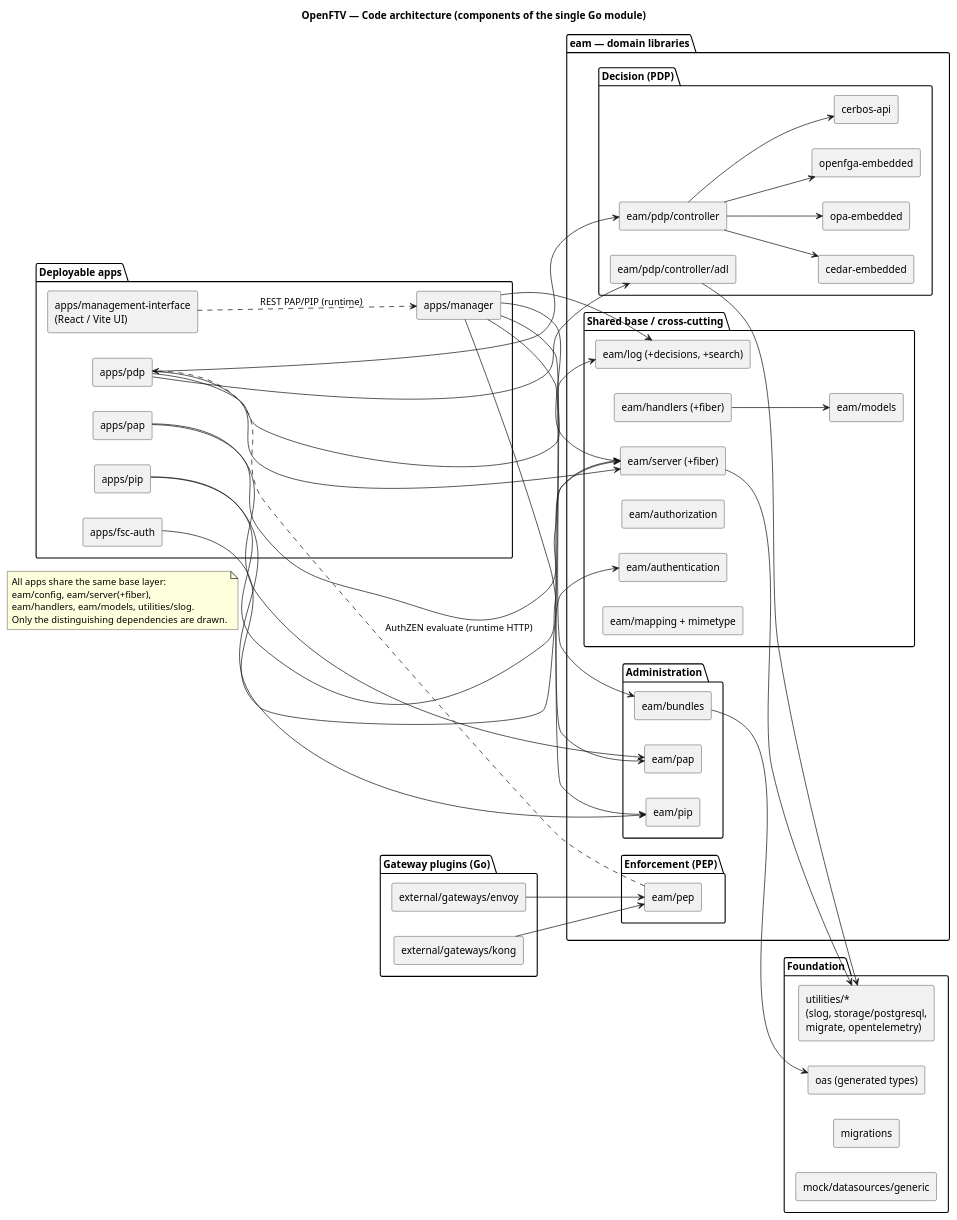
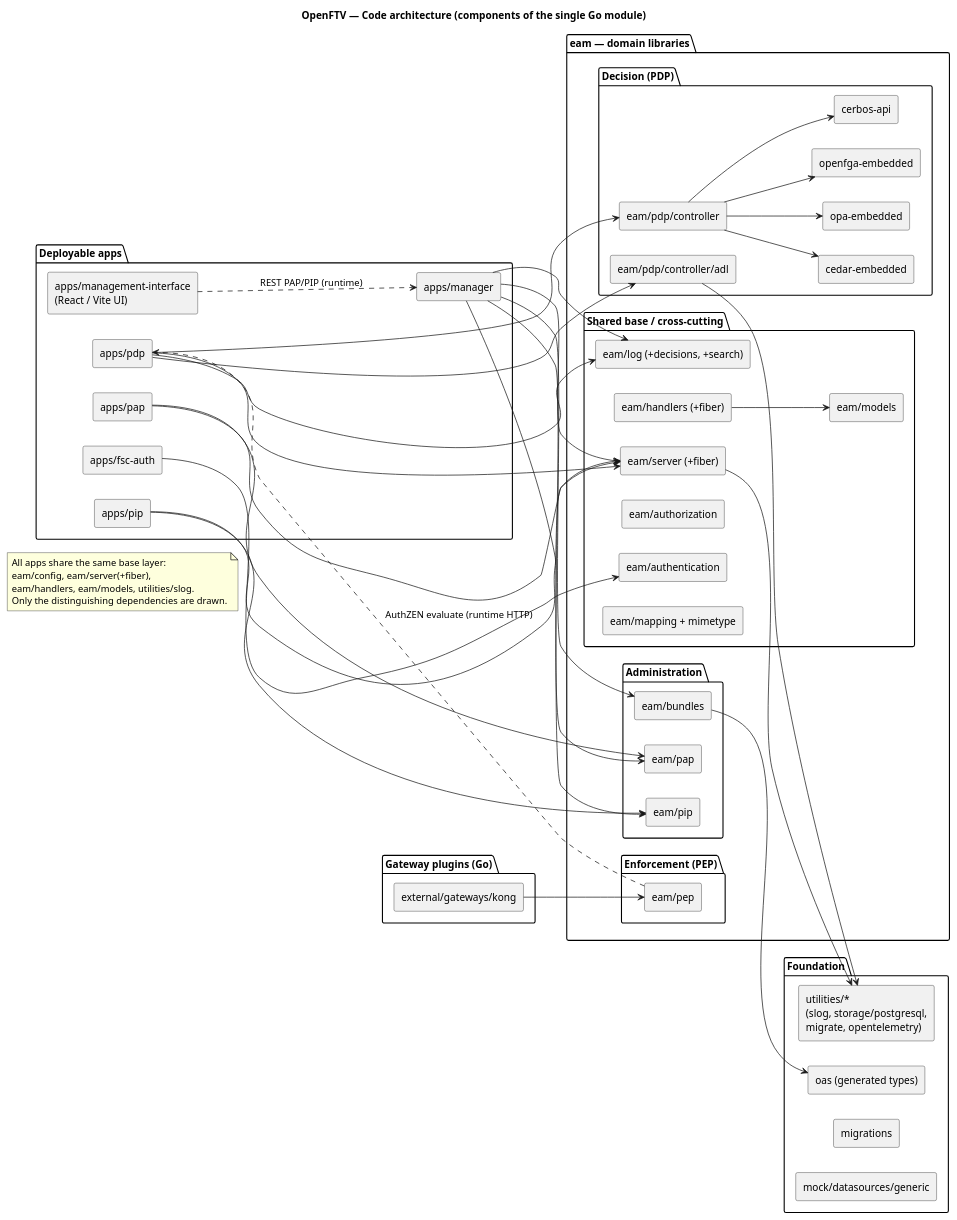
One commit to nielserkamp-ritense/open-ftv changed the diagram in docs/architecture/code.puml. Above: the diagram before and after it, drawn with PlantUML. The commit also changed 16 other files, not shown here.

```diff
--- a/docs/architecture/code.puml
+++ b/docs/architecture/code.puml
@@ -1,96 +1,94 @@
 @startuml openftv-code
 title OpenFTV — Code architecture (components of the single Go module)
 
 skinparam componentStyle rectangle
 left to right direction
 
 package "Deployable apps" {
   component "apps/manager" as MGR
   component "apps/pdp" as PDP
   component "apps/pap" as PAP
   component "apps/pip" as PIP
   component "apps/fsc-auth" as FSC
   component "apps/management-interface\n(React / Vite UI)" as MI
 }
 
 package "Gateway plugins (Go)" {
   component "external/gateways/kong" as KONG
-  component "external/gateways/envoy" as ENVOY
 }
 
 package "eam — domain libraries" {
   package "Enforcement (PEP)" {
     component "eam/pep" as PEP
   }
   package "Decision (PDP)" {
     component "eam/pdp/controller" as CTRL
     component "eam/pdp/controller/adl" as CADL
     component "cedar-embedded" as CEDAR
     component "opa-embedded" as OPA
     component "openfga-embedded" as FGA
     component "cerbos-api" as CERBOS
   }
   package "Administration" {
     component "eam/pap" as EPAP
     component "eam/pip" as EPIP
     component "eam/bundles" as BUND
   }
   package "Shared base / cross-cutting" {
     component "eam/server (+fiber)" as SRV
     component "eam/handlers (+fiber)" as HND
     component "eam/authentication" as AUTHN
     component "eam/authorization" as AUTHZ
     component "eam/models" as MOD
     component "eam/log (+decisions, +search)" as LOG
     component "eam/mapping + mimetype" as MAP
   }
 }
 
 package "Foundation" {
   component "utilities/*\n(slog, storage/postgresql,\nmigrate, opentelemetry)" as UT
   component "oas (generated types)" as OAS
   component "migrations" as MIG
   component "mock/datasources/generic" as MOCK
 }
 
 ' ---- distinguishing app composition ----
 MGR --> EPAP
 MGR --> EPIP
 MGR --> BUND
 MGR --> LOG
 PAP --> EPAP
 PIP --> EPIP
 PDP --> CTRL
 PDP --> CADL
 PDP --> LOG
 FSC --> AUTHN
 
 ' ---- PDP controller delegates to a policy engine ----
 CTRL --> CEDAR
 CTRL --> OPA
 CTRL --> FGA
 CTRL --> CERBOS
 
 ' ---- gateways enforce via PEP, then call the PDP over HTTP ----
 KONG  --> PEP
-ENVOY --> PEP
 PEP  ..> PDP : AuthZEN evaluate (runtime HTTP)
 MI   ..> MGR : REST PAP/PIP (runtime)
 
 ' ---- shared base + foundation ----
 MGR --> SRV
 PDP --> SRV
 PAP --> SRV
 PIP --> SRV
 SRV --> UT
 HND --> MOD
 BUND --> OAS
 CADL --> UT
 
 note as N1
   All apps share the same base layer:
   eam/config, eam/server(+fiber),
   eam/handlers, eam/models, utilities/slog.
   Only the distinguishing dependencies are drawn.
 end note
 @enduml
```
